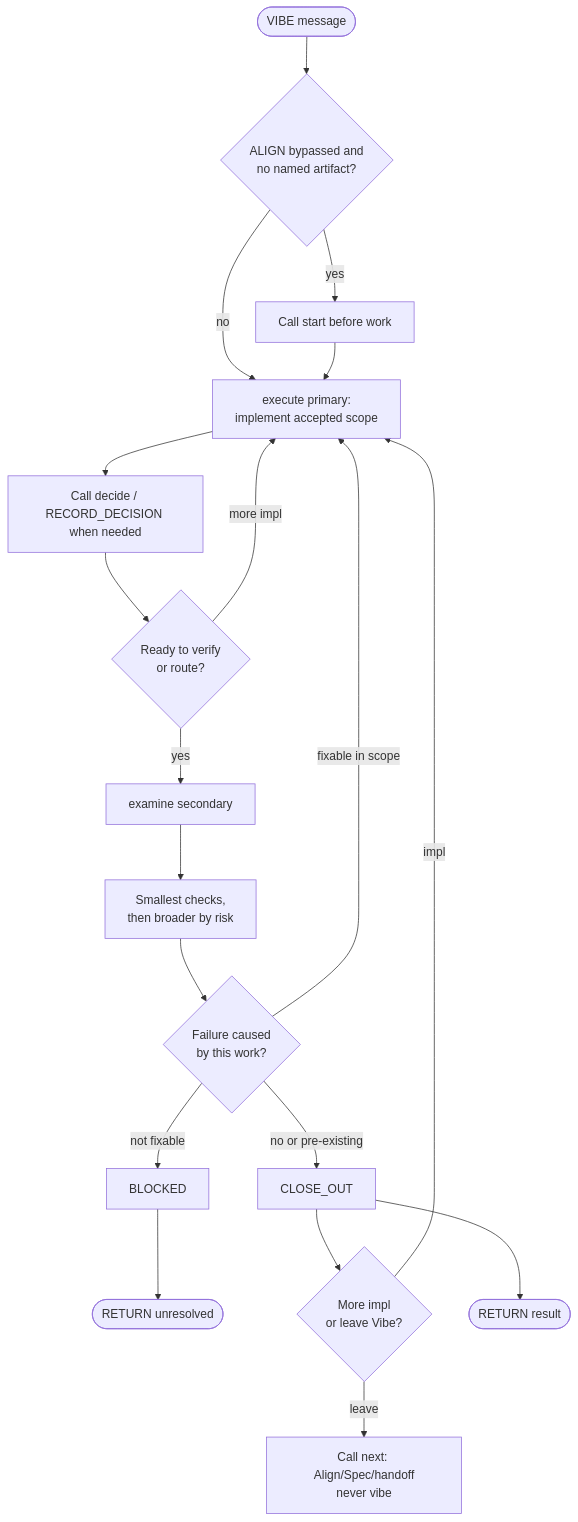
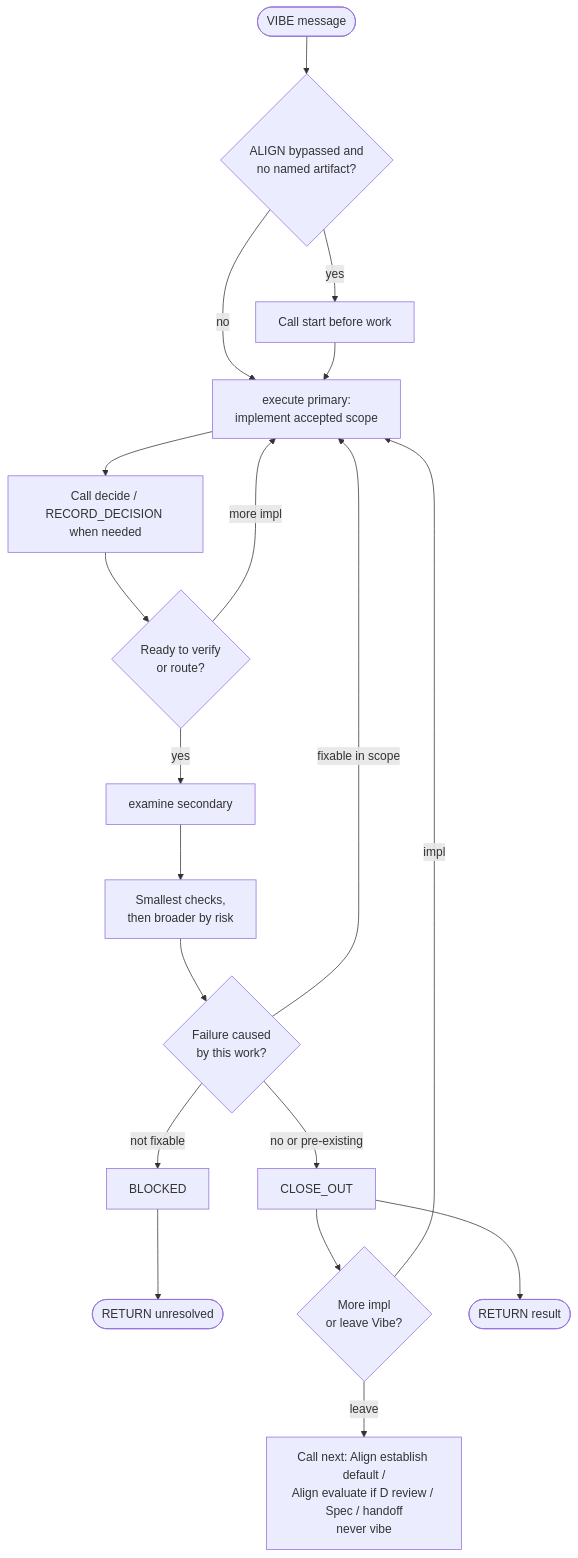
The sixth of 12 diagrams in docs/AGENT-WORKFLOW-DIAGRAMS.md (dhumdil-apps/pi-director), drawn with Mermaid before and after one commit. The commit also changed other lines of this file and 6 other files, not shown here.

````diff
--- a/docs/AGENT-WORKFLOW-DIAGRAMS.md
+++ b/docs/AGENT-WORKFLOW-DIAGRAMS.md
@@ -149,21 +151,21 @@
 ```mermaid
 flowchart TD
     Enter([VIBE message]) --> Prep{ALIGN bypassed and<br/>no named artifact?}
     Prep -- yes --> Start[Call start before work]
     Prep -- no --> Implement
     Start --> Implement[execute primary:<br/>implement accepted scope]
     Implement --> Decision[Call decide / RECORD_DECISION when needed]
     Decision --> Gate{Ready to verify<br/>or route?}
     Gate -- more impl --> Implement
     Gate -- yes --> Exam[examine secondary]
     Exam --> Checks[Smallest checks,<br/>then broader by risk]
     Checks --> Failure{Failure caused<br/>by this work?}
     Failure -- fixable in scope --> Implement
     Failure -- not fixable --> Blocked[BLOCKED]
     Failure -- no or pre-existing --> Close[CLOSE_OUT]
     Blocked --> Stop([RETURN unresolved])
     Close --> Route{More impl<br/>or leave Vibe?}
     Route -- impl --> Implement
-    Route -- leave --> Next["Call next: Align/Spec/handoff<br/>never vibe"]
+    Route -- leave --> Next["Call next: Align establish default /<br/>Align evaluate if D review / Spec / handoff<br/>never vibe"]
     Close --> Done([RETURN result])
 ```
````
